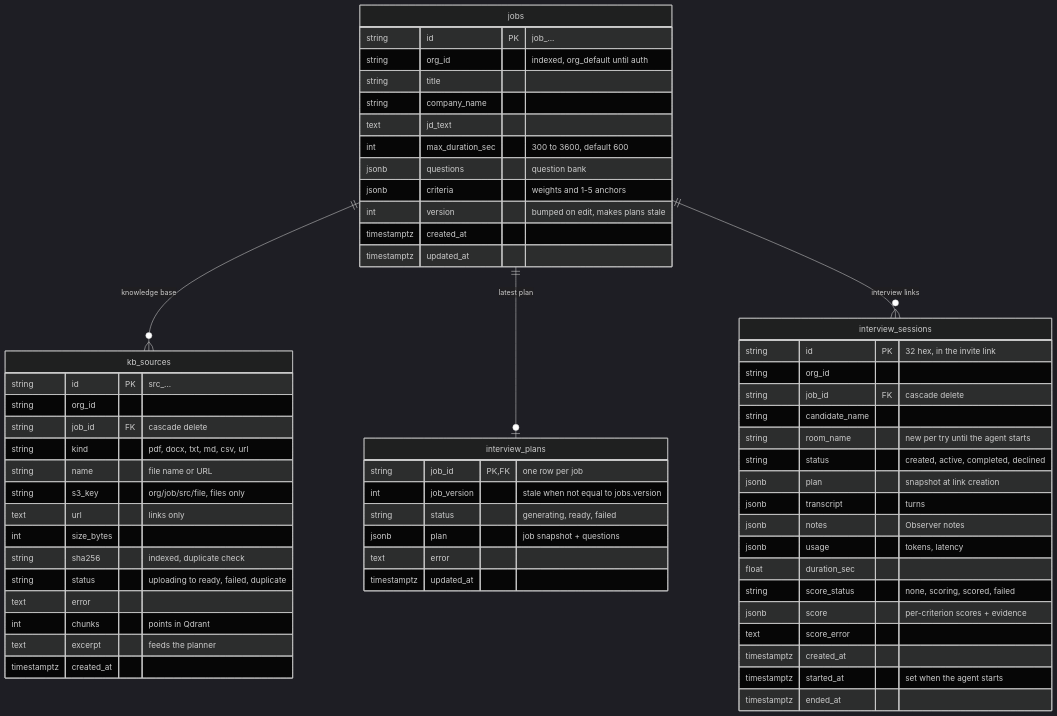
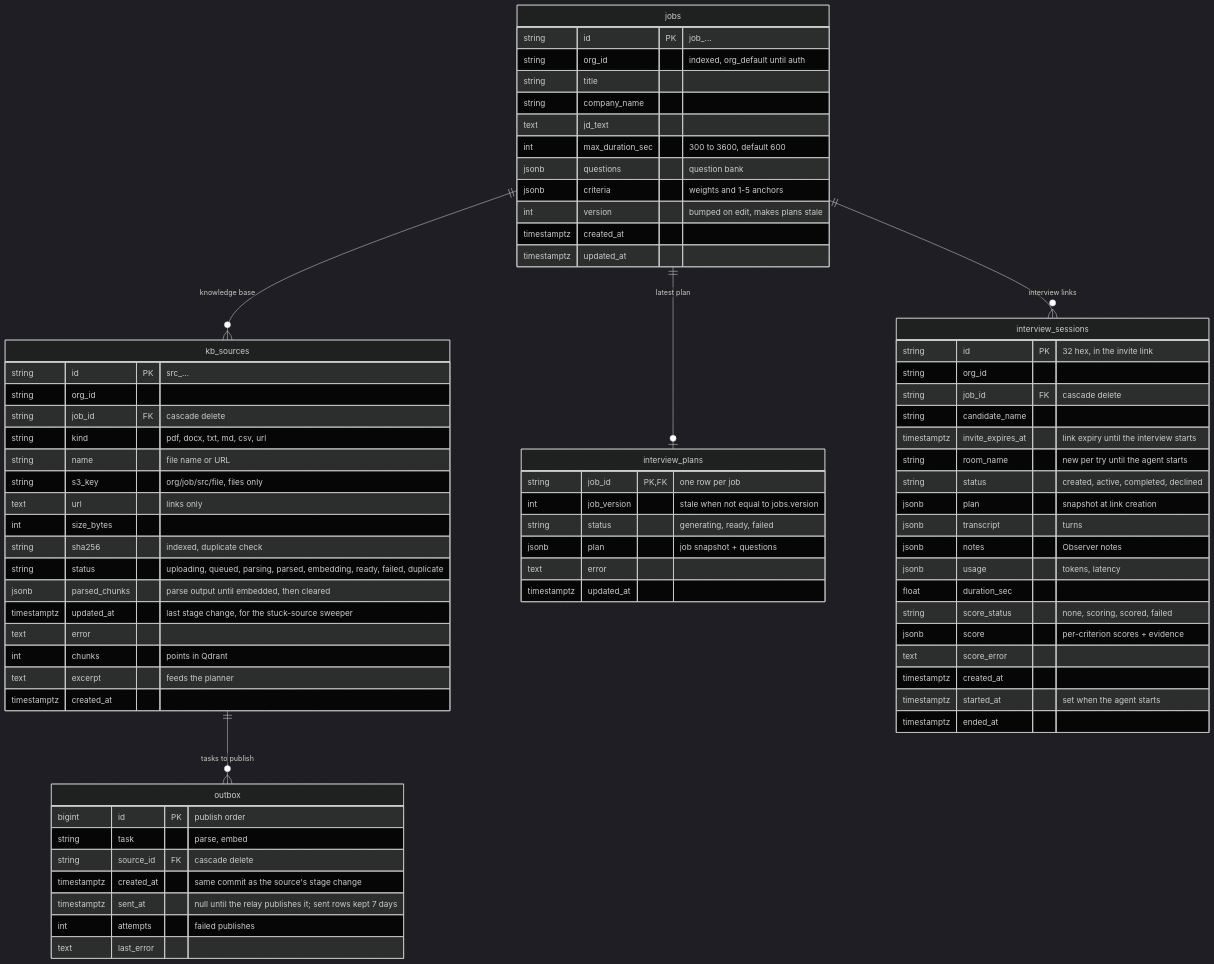
One commit to Debraj-Kundu/GURU-AI-INTERVIEWER changed the ninth of 9 diagrams in README.md. Above: the diagram before and after it, drawn with Mermaid (dark theme). The commit also changed other lines of this file and 47 other files, not shown here.

Commit message:
adds celery, redis, outbox and relay

````diff
--- a/README.md
+++ b/README.md
@@ -405,66 +421,80 @@
 ```mermaid
 erDiagram
   jobs ||--o{ kb_sources : "knowledge base"
+  kb_sources ||--o{ outbox : "tasks to publish"
   jobs ||--o| interview_plans : "latest plan"
   jobs ||--o{ interview_sessions : "interview links"
 
   jobs {
     string id PK "job_..."
     string org_id "indexed, org_default until auth"
     string title
     string company_name
     text jd_text
     int max_duration_sec "300 to 3600, default 600"
     jsonb questions "question bank"
     jsonb criteria "weights and 1-5 anchors"
     int version "bumped on edit, makes plans stale"
     timestamptz created_at
     timestamptz updated_at
   }
 
   kb_sources {
     string id PK "src_..."
     string org_id
     string job_id FK "cascade delete"
     string kind "pdf, docx, txt, md, csv, url"
     string name "file name or URL"
     string s3_key "org/job/src/file, files only"
     text url "links only"
     int size_bytes
     string sha256 "indexed, duplicate check"
-    string status "uploading to ready, failed, duplicate"
+    string status "uploading, queued, parsing, parsed, embedding, ready, failed, duplicate"
+    jsonb parsed_chunks "parse output until embedded, then cleared"
+    timestamptz updated_at "last stage change, for the stuck-source sweeper"
     text error
     int chunks "points in Qdrant"
     text excerpt "feeds the planner"
     timestamptz created_at
+  }
+
+  outbox {
+    bigint id PK "publish order"
+    string task "parse, embed"
+    string source_id FK "cascade delete"
+    timestamptz created_at "same commit as the source's stage change"
+    timestamptz sent_at "null until the relay publishes it; sent rows kept 7 days"
+    int attempts "failed publishes"
+    text last_error
   }
 
   interview_plans {
     string job_id PK, FK "one row per job"
     int job_version "stale when not equal to jobs.version"
     string status "generating, ready, failed"
     jsonb plan "job snapshot + questions"
     text error
     timestamptz updated_at
   }
 
   interview_sessions {
     string id PK "32 hex, in the invite link"
     string org_id
     string job_id FK "cascade delete"
     string candidate_name
+    timestamptz invite_expires_at "link expiry until the interview starts"
     string room_name "new per try until the agent starts"
     string status "created, active, completed, declined"
     jsonb plan "snapshot at link creation"
     jsonb transcript "turns"
     jsonb notes "Observer notes"
     jsonb usage "tokens, latency"
     float duration_sec
     string score_status "none, scoring, scored, failed"
     jsonb score "per-criterion scores + evidence"
     text score_error
     timestamptz created_at
     timestamptz started_at "set when the agent starts"
     timestamptz ended_at
   }
 ```
````
